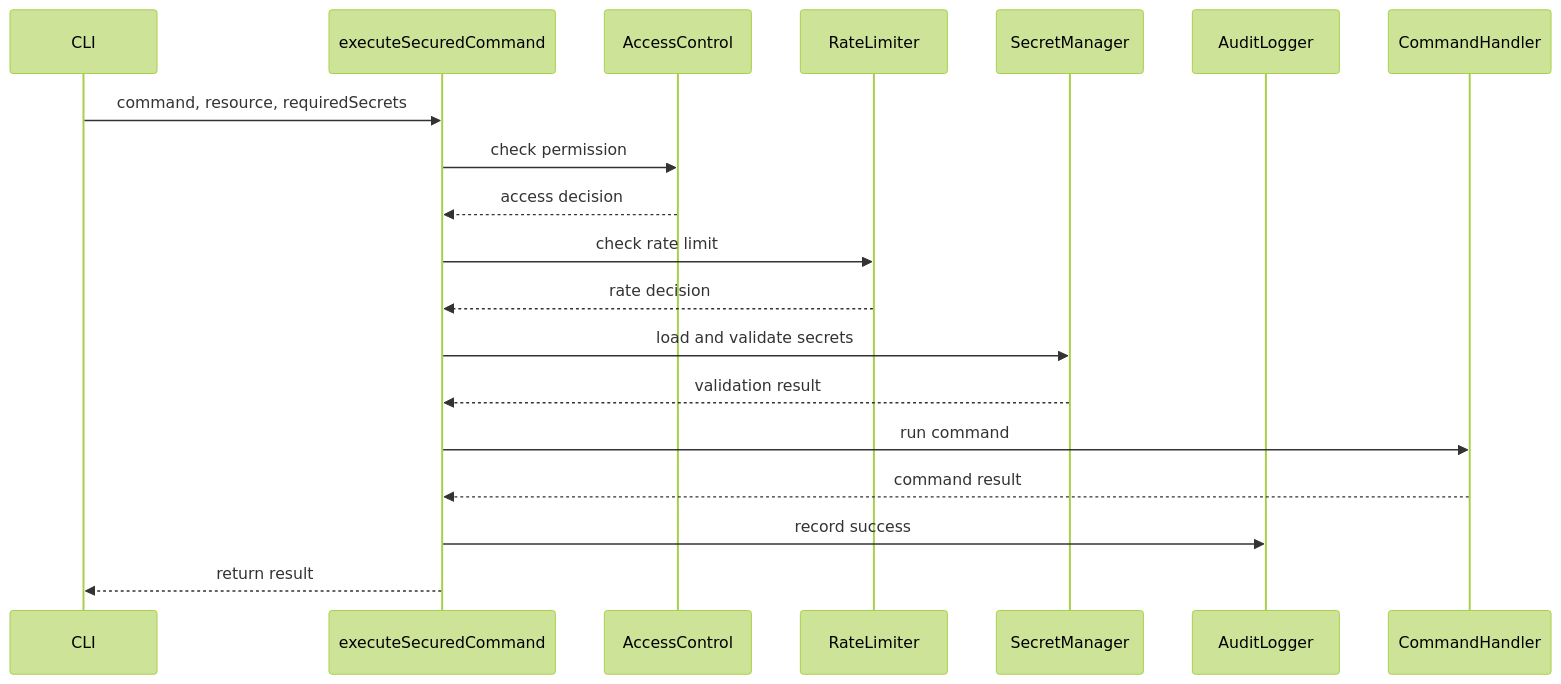
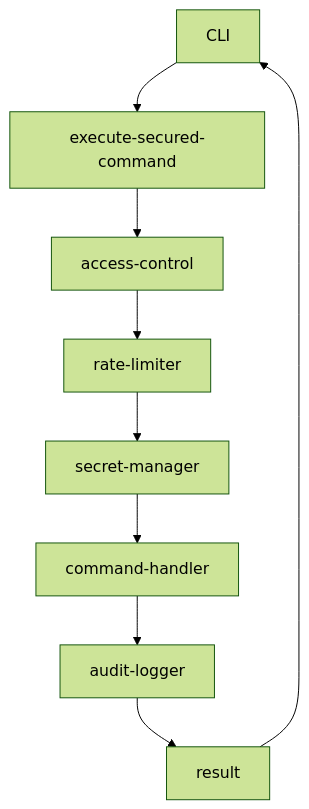
The fourth of 8 diagrams in 프로그램 흐름도.md (pandol69kim-bot/gitautopipe), drawn with Mermaid (forest theme) before and after one commit. The commit also changed other lines of this file and 1 other file, not shown here.

Commit message:
feat: Update project diagrams to improve Mermaid compatibility and clarity

````diff
--- a/프로그램 흐름도.md
+++ b/프로그램 흐름도.md
@@ -88,22 +119,19 @@
 ```mermaid
-sequenceDiagram
-  participant CLI as CLI
-  participant Sec as executeSecuredCommand
-  participant Access as AccessControl
-  participant Rate as RateLimiter
-  participant Secret as SecretManager
-  participant Audit as AuditLogger
-  participant Handler as CommandHandler
-
-  CLI->>Sec: command, resource, requiredSecrets
-  Sec->>Access: check permission
-  Access-->>Sec: access decision
-  Sec->>Rate: check rate limit
-  Rate-->>Sec: rate decision
-  Sec->>Secret: load and validate secrets
-  Secret-->>Sec: validation result
-  Sec->>Handler: run command
-  Handler-->>Sec: command result
-  Sec->>Audit: record success
-  Sec-->>CLI: return result
+graph TD
+CLI[CLI]
+Sec[execute-secured-command]
+Access[access-control]
+Rate[rate-limiter]
+Secret[secret-manager]
+Handler[command-handler]
+Audit[audit-logger]
+Result[result]
+CLI --> Sec
+Sec --> Access
+Access --> Rate
+Rate --> Secret
+Secret --> Handler
+Handler --> Audit
+Audit --> Result
+Result --> CLI
 ```
````
